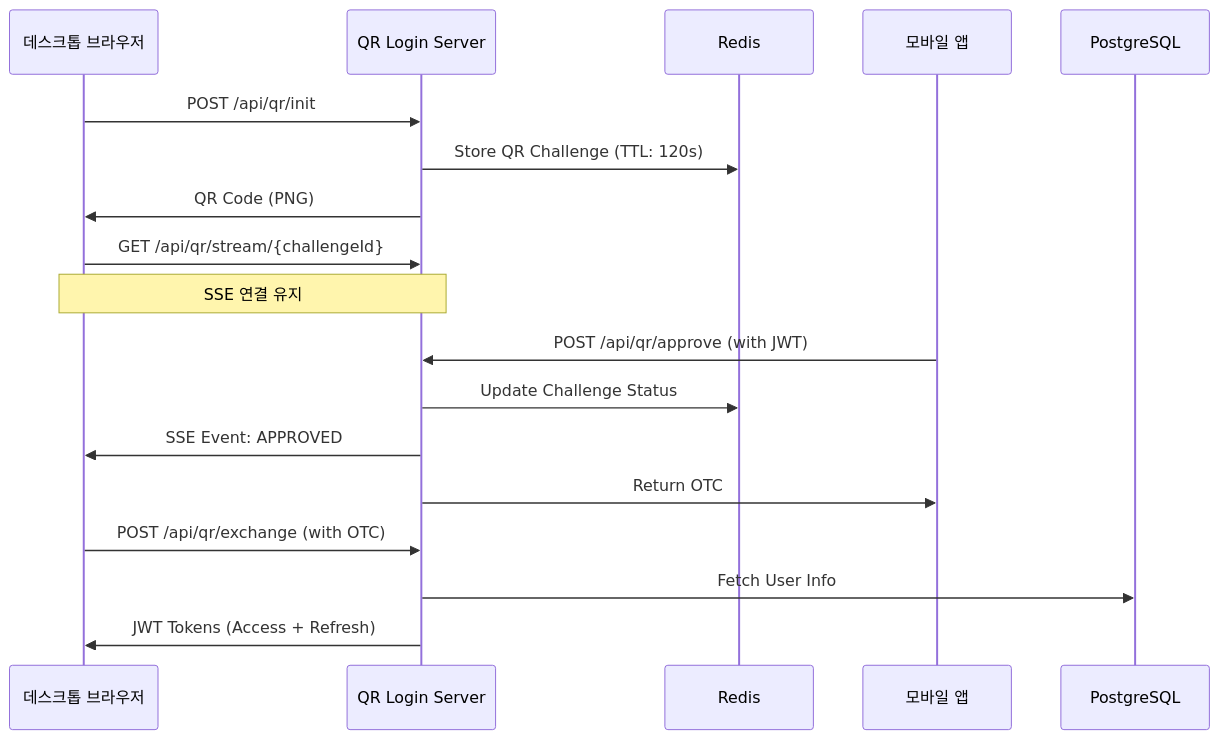
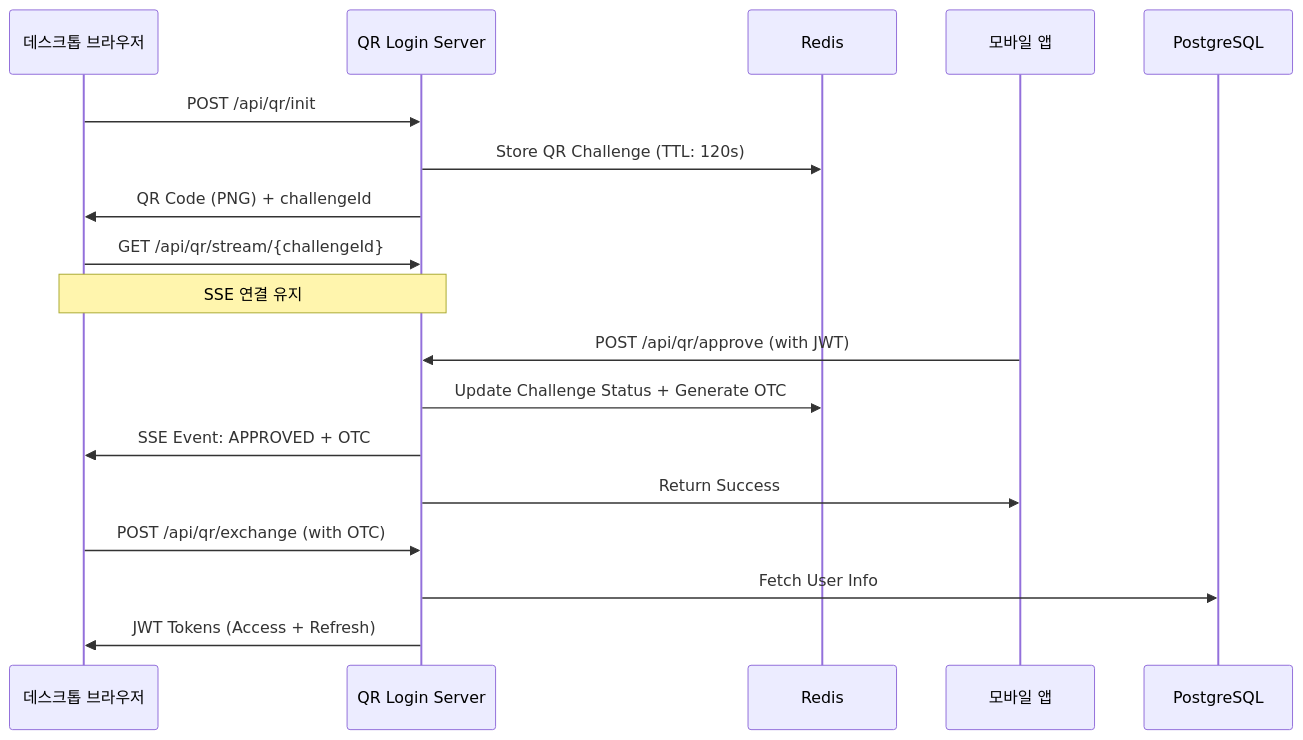
Before and after one commit to minjcho/mqttServer: the diagram in qr-login-system/README.md, drawn with Mermaid. The commit also changed other lines of this file, not shown here.

````diff
--- a/qr-login-system/README.md
+++ b/qr-login-system/README.md
@@ -21,24 +22,24 @@
 ```mermaid
 sequenceDiagram
     participant D as 데스크톱 브라우저
     participant S as QR Login Server
     participant R as Redis
     participant M as 모바일 앱
     participant P as PostgreSQL
 
     D->>S: POST /api/qr/init
     S->>R: Store QR Challenge (TTL: 120s)
-    S->>D: QR Code (PNG)
+    S->>D: QR Code (PNG) + challengeId
     
     D->>S: GET /api/qr/stream/{challengeId}
     Note over D,S: SSE 연결 유지
     
     M->>S: POST /api/qr/approve (with JWT)
-    S->>R: Update Challenge Status
-    S->>D: SSE Event: APPROVED
-    S->>M: Return OTC
+    S->>R: Update Challenge Status + Generate OTC
+    S->>D: SSE Event: APPROVED + OTC
+    S->>M: Return Success
     
     D->>S: POST /api/qr/exchange (with OTC)
     S->>P: Fetch User Info
     S->>D: JWT Tokens (Access + Refresh)
 ```
````
